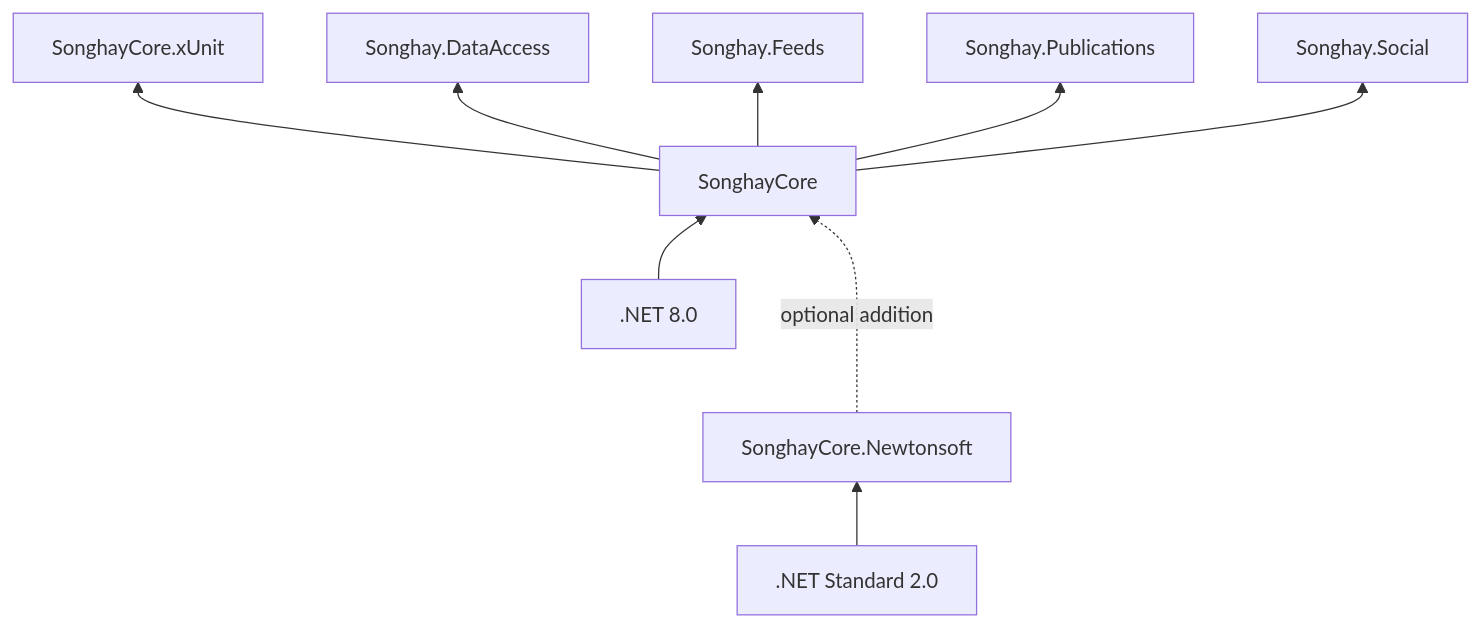
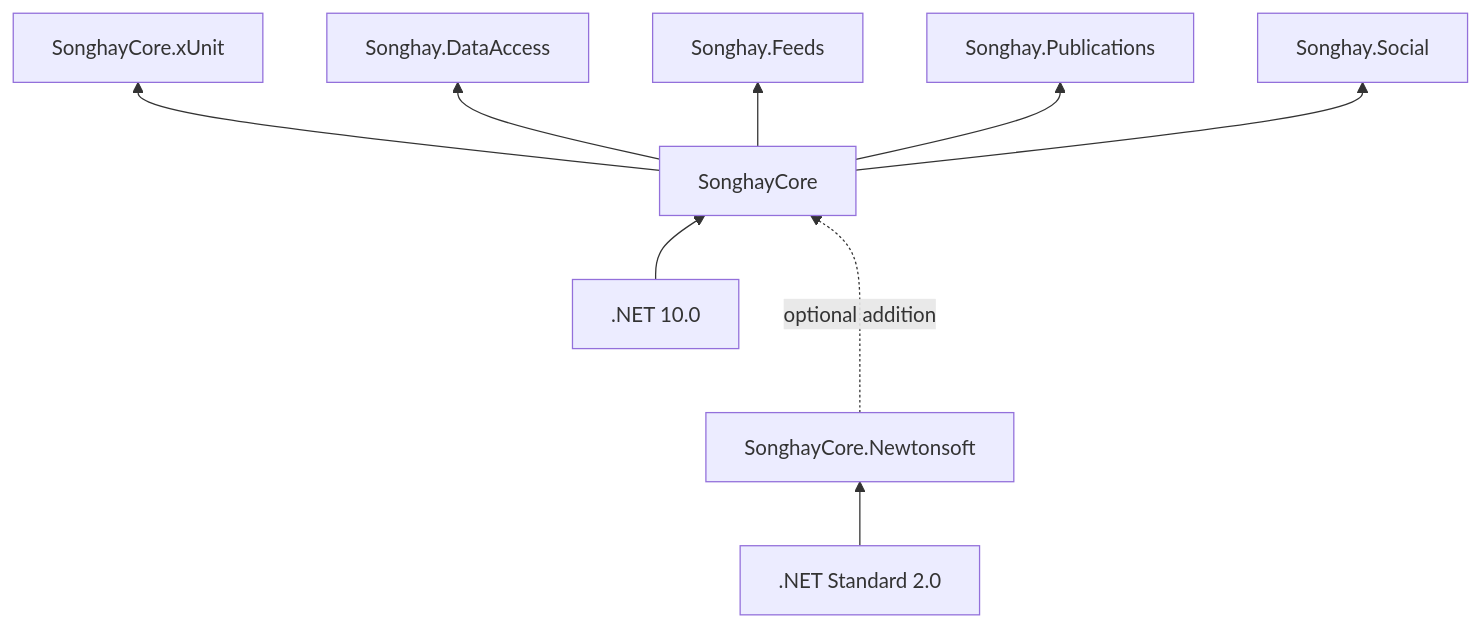
The diagram in README.md (BryanWilhite/SonghayCore), drawn with Mermaid before and after one commit. The commit also changed other lines of this file, not shown here.

````diff
--- a/README.md
+++ b/README.md
@@ -118,18 +118,18 @@
 ```mermaid
 graph BT
     netstandard2[.NET Standard 2.0]
-    net8[.NET 8.0]
+    net10[.NET 10.0]
 
     1[SonghayCore]
     2[SonghayCore.Newtonsoft]
 
-    net8-->1
+    net10-->1
     netstandard2-->2
     2-..->|optional addition|1
 
     1-->3[SonghayCore.xUnit]
     1-->4[Songhay.DataAccess]
     1-->5[Songhay.Feeds]
     1-->6[Songhay.Publications]
     1-->7[Songhay.Social]
 ```
````
